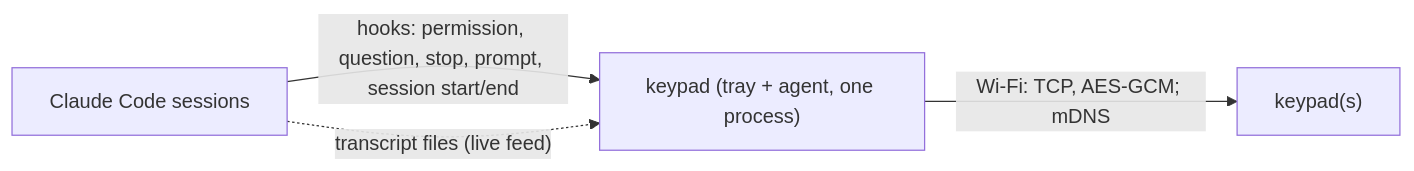
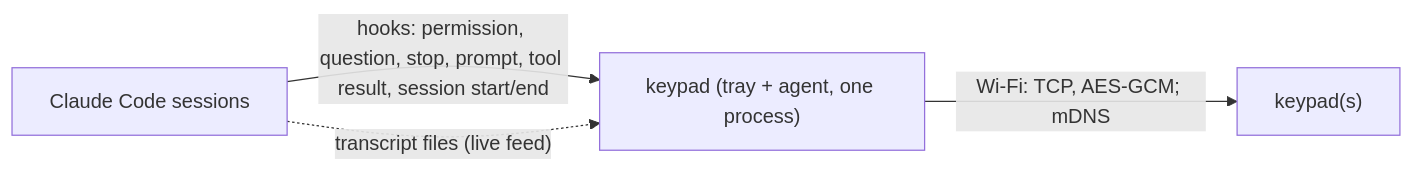
Before and after one commit to jameelhamdan/assistant-keypad: the diagram in docs/ARCHITECTURE.md, drawn with Mermaid. The commit also changed other lines of this file and 73 other files, not shown here.

````diff
--- a/docs/ARCHITECTURE.md
+++ b/docs/ARCHITECTURE.md
@@ -3,6 +3,6 @@
 ```mermaid
 flowchart LR
-    CC["Claude Code sessions"] -- "hooks: permission, question, stop, prompt, session start/end" --> A
+    CC["Claude Code sessions"] -- "hooks: permission, question, stop, prompt, tool result, session start/end" --> A
     CC -. "transcript files (live feed)" .-> A
     A["keypad (tray + agent, one process)"] -- "Wi-Fi: TCP, AES-GCM; mDNS" --> K["keypad(s)"]
 ```
````
